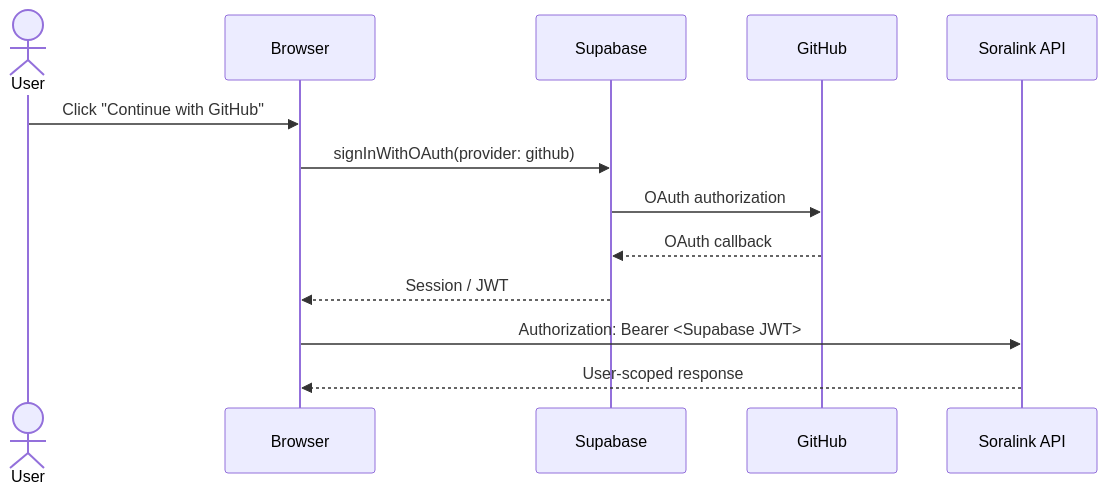
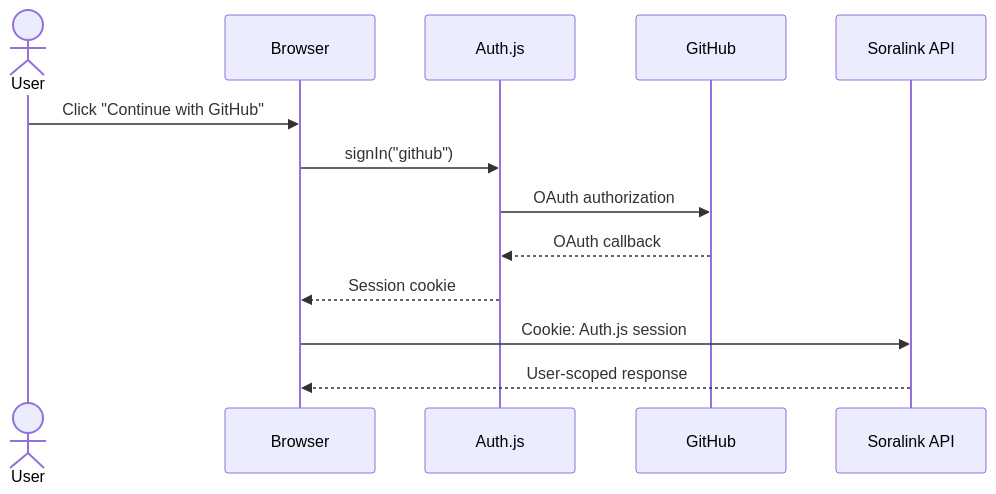
One commit to yuzu-krs/soralink changed the third of 3 diagrams in docs/technical-spec.md. Above: the diagram before and after it, drawn with Mermaid. The commit also changed other lines of this file and 6 other files, not shown here.

````diff
--- a/docs/technical-spec.md
+++ b/docs/technical-spec.md
@@ -396,16 +401,16 @@
 ```mermaid
 sequenceDiagram
     actor User
     participant Browser
-    participant Supabase
+    participant Auth as Auth.js
     participant GitHub
     participant API as Soralink API
 
     User->>Browser: Click "Continue with GitHub"
-    Browser->>Supabase: signInWithOAuth(provider: github)
-    Supabase->>GitHub: OAuth authorization
-    GitHub-->>Supabase: OAuth callback
-    Supabase-->>Browser: Session / JWT
-    Browser->>API: Authorization: Bearer <Supabase JWT>
+    Browser->>Auth: signIn("github")
+    Auth->>GitHub: OAuth authorization
+    GitHub-->>Auth: OAuth callback
+    Auth-->>Browser: Session cookie
+    Browser->>API: Cookie: Auth.js session
     API-->>Browser: User-scoped response
 ```
````
